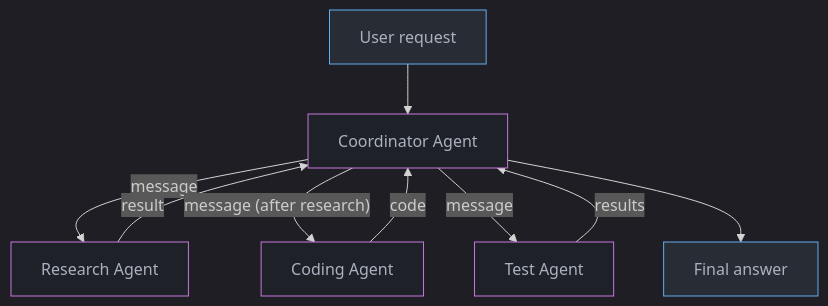
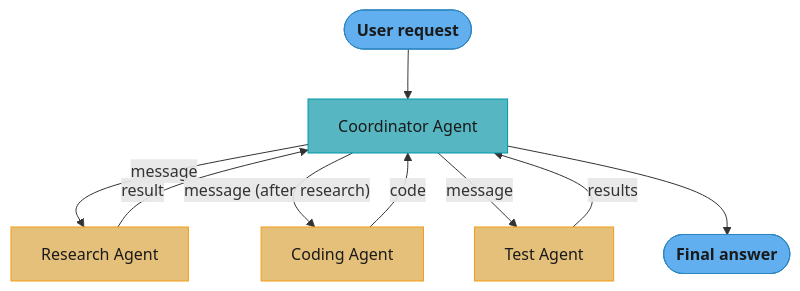
The diagram in src/main/java/com/rutik/systemdesign/llm/multi_agent_systems/README.md (rppol/system-design), drawn with Mermaid before and after one commit. The commit also changed 88 other files, not shown here.

````diff
--- a/src/main/java/com/rutik/systemdesign/llm/multi_agent_systems/README.md
+++ b/src/main/java/com/rutik/systemdesign/llm/multi_agent_systems/README.md
@@ -145,23 +145,27 @@
 ```mermaid
-%%{init: {'flowchart': {'curve': 'basis'}, 'theme': 'dark'}}%%
 flowchart TD
-    classDef io   fill:#282c34,stroke:#61afef,color:#abb2bf
-    classDef llm  fill:#1e2127,stroke:#c678dd,color:#abb2bf
-    classDef proc fill:#1e2127,stroke:#98c379,color:#abb2bf
+    classDef io      fill:#61afef,stroke:#2e86c1,color:#1a1a1a,font-weight:bold
+    classDef frozen  fill:#c678dd,stroke:#9b59b6,color:#fff
+    classDef train   fill:#98c379,stroke:#27ae60,color:#1a1a1a
+    classDef mathOp  fill:#d19a66,stroke:#e67e22,color:#1a1a1a,font-weight:bold
+    classDef lossN   fill:#e06c75,stroke:#c0392b,color:#fff,font-weight:bold
+    classDef req     fill:#56b6c2,stroke:#0097a7,color:#1a1a1a
+    classDef base    fill:#e5c07b,stroke:#f39c12,color:#1a1a1a
 
-    U["User request"]
+    U(["User request"])
     COORD["Coordinator Agent"]
     RES["Research Agent"]
     CODE["Coding Agent"]
     TEST["Test Agent"]
-    OUT["Final answer"]
+    OUT(["Final answer"])
 
     U --> COORD
     COORD -->|"message"| RES -->|"result"| COORD
     COORD -->|"message (after research)"| CODE -->|"code"| COORD
     COORD -->|"message"| TEST -->|"results"| COORD
     COORD --> OUT
 
     class U,OUT io
-    class COORD,RES,CODE,TEST llm
+    class COORD req
+    class RES,CODE,TEST base
 ```
````
